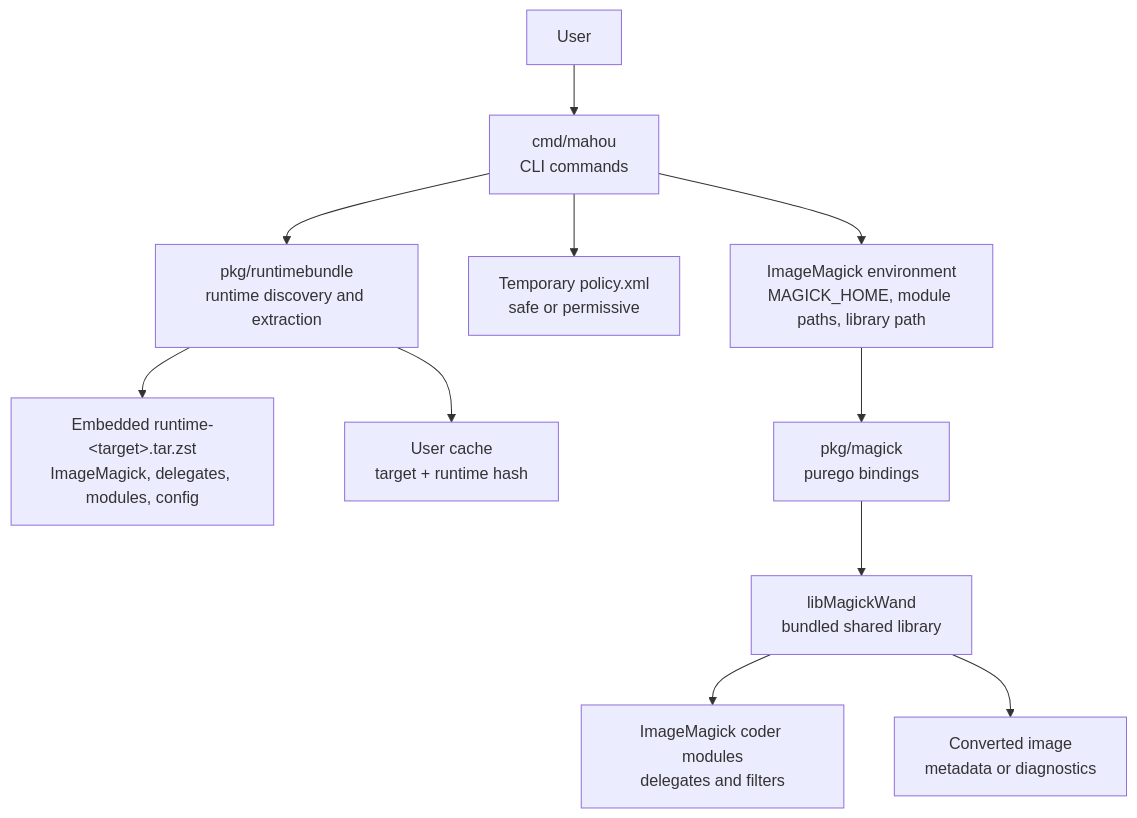
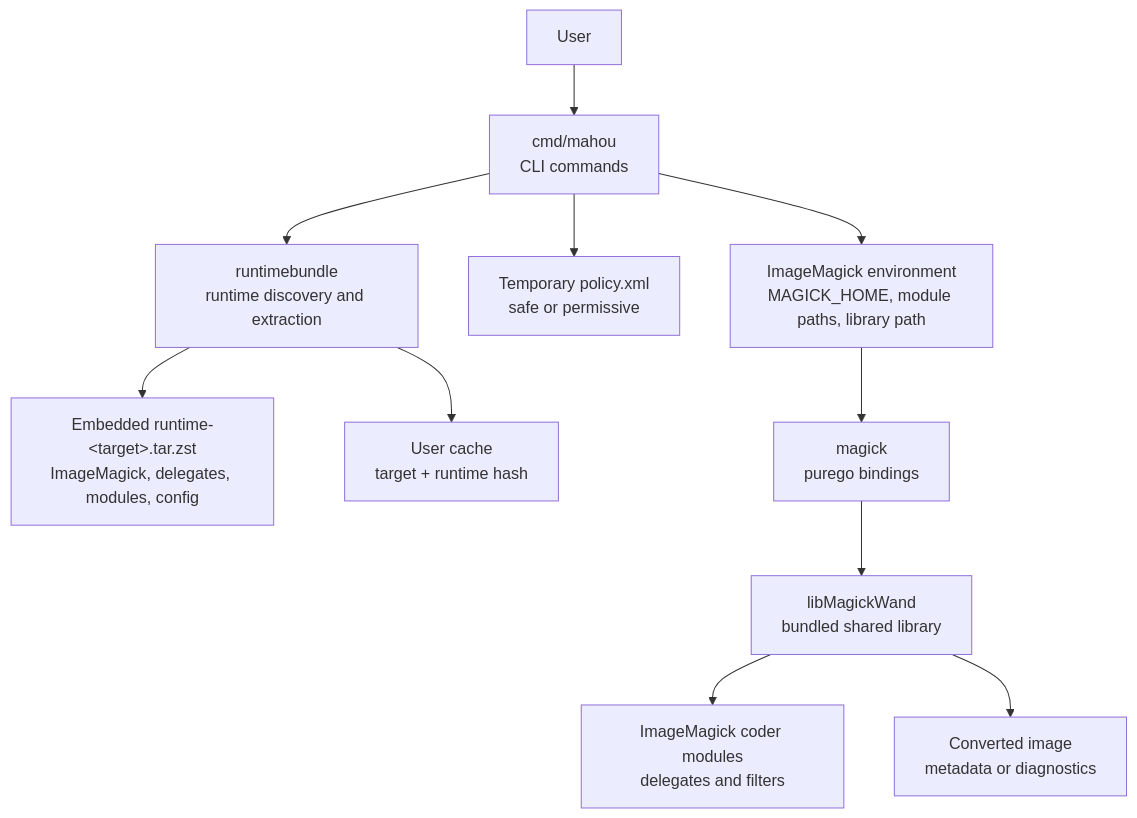
One commit to yashikota/mahou changed the first of 2 diagrams in README.ja.md. Above: the diagram before and after it, drawn with Mermaid. The commit also changed other lines of this file and 27 other files, not shown here.

````diff
--- a/README.ja.md
+++ b/README.ja.md
@@ -103,13 +103,13 @@
 ```mermaid
 flowchart TD
     User["User"] --> CLI["cmd/mahou<br/>CLI commands"]
-    CLI --> Runtime["pkg/runtimebundle<br/>runtime discovery and extraction"]
+    CLI --> Runtime["runtimebundle<br/>runtime discovery and extraction"]
     Runtime --> Assets["Embedded runtime-&lt;target&gt;.tar.zst<br/>ImageMagick, delegates, modules, config"]
     Runtime --> Cache["User cache<br/>target + runtime hash"]
     CLI --> Policy["Temporary policy.xml<br/>safe or permissive"]
     CLI --> Env["ImageMagick environment<br/>MAGICK_HOME, module paths, library path"]
-    Env --> Wand["pkg/magick<br/>purego bindings"]
+    Env --> Wand["magick<br/>purego bindings"]
     Wand --> Lib["libMagickWand<br/>bundled shared library"]
     Lib --> Modules["ImageMagick coder modules<br/>delegates and filters"]
     Lib --> Output["Converted image<br/>metadata or diagnostics"]
 ```
````
